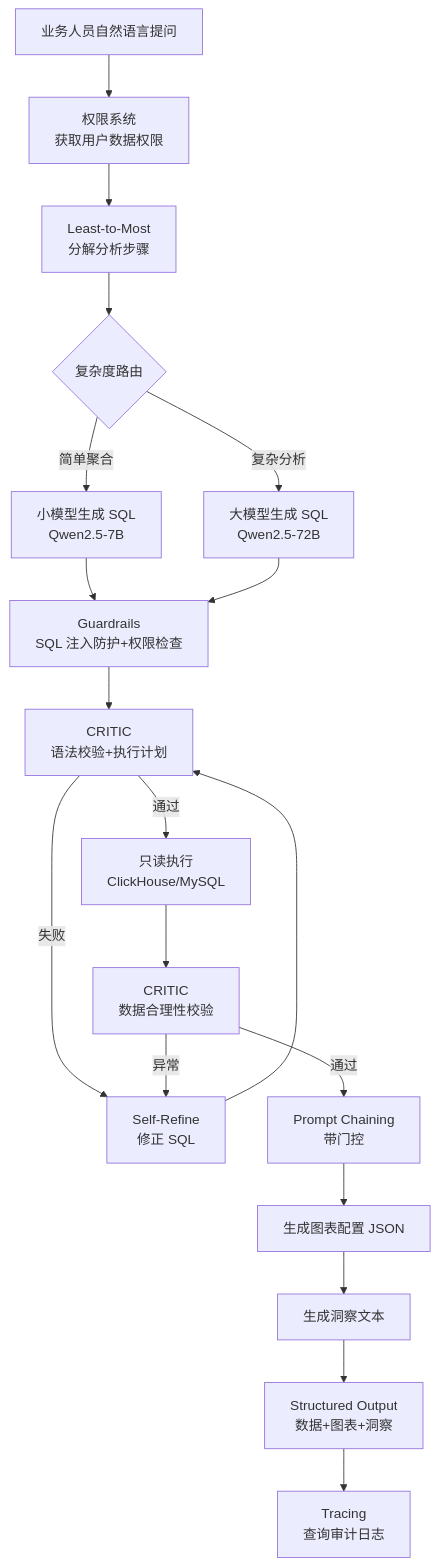
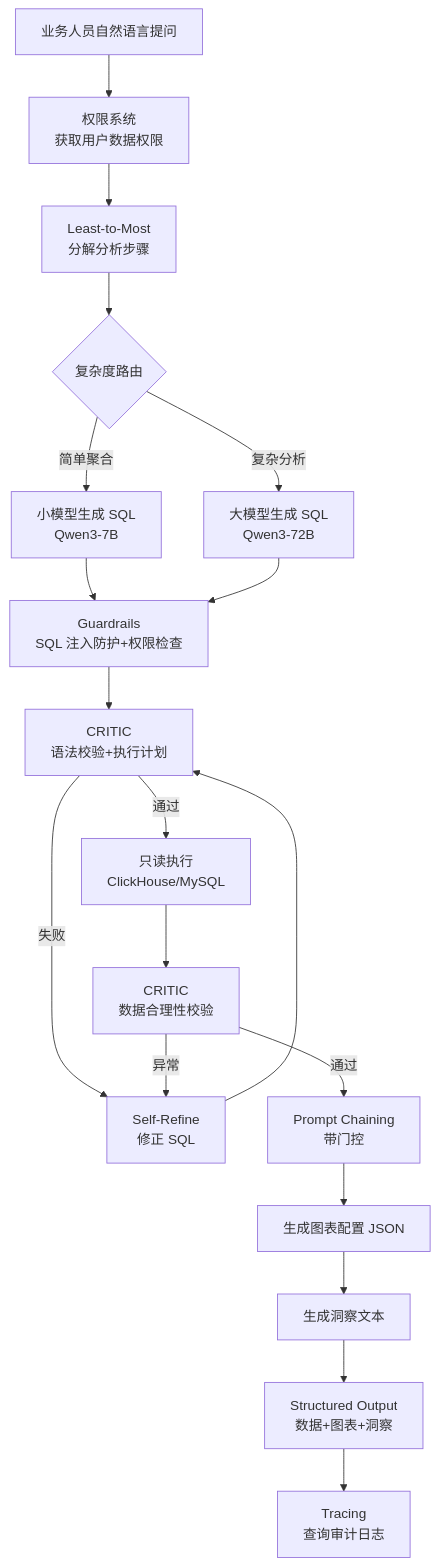
The second of 3 diagrams in design_mode/docs/行业方案_SaaS企业服务.md (eeyzs1/agent_demos), drawn with Mermaid before and after one commit. The commit also changed other lines of this file and 4 other files, not shown here.

````diff
--- a/design_mode/docs/行业方案_SaaS企业服务.md
+++ b/design_mode/docs/行业方案_SaaS企业服务.md
@@ -179,21 +179,21 @@
 ```mermaid
 flowchart TD
     Q[业务人员自然语言提问] --> AUTH[权限系统<br/>获取用户数据权限]
     AUTH --> L2M[Least-to-Most<br/>分解分析步骤]
     L2M --> ROUTE{复杂度路由}
-    ROUTE -->|简单聚合| SMALL[小模型生成 SQL<br/>Qwen2.5-7B]
-    ROUTE -->|复杂分析| LARGE[大模型生成 SQL<br/>Qwen2.5-72B]
+    ROUTE -->|简单聚合| SMALL[小模型生成 SQL<br/>Qwen3-7B]
+    ROUTE -->|复杂分析| LARGE[大模型生成 SQL<br/>Qwen3-72B]
     SMALL --> GUARD1[Guardrails<br/>SQL 注入防护+权限检查]
     LARGE --> GUARD1
     GUARD1 --> CRITIC1[CRITIC<br/>语法校验+执行计划]
     CRITIC1 -->|失败| REFINE[Self-Refine<br/>修正 SQL]
     REFINE --> CRITIC1
     CRITIC1 -->|通过| EXEC[只读执行<br/>ClickHouse/MySQL]
     EXEC --> CRITIC2[CRITIC<br/>数据合理性校验]
     CRITIC2 -->|异常| REFINE
     CRITIC2 -->|通过| CHAIN[Prompt Chaining<br/>带门控]
     CHAIN --> VIS[生成图表配置 JSON]
     VIS --> INSIGHT[生成洞察文本]
     INSIGHT --> OUT[Structured Output<br/>数据+图表+洞察]
     OUT --> TRACE[Tracing<br/>查询审计日志]
 ```
````
